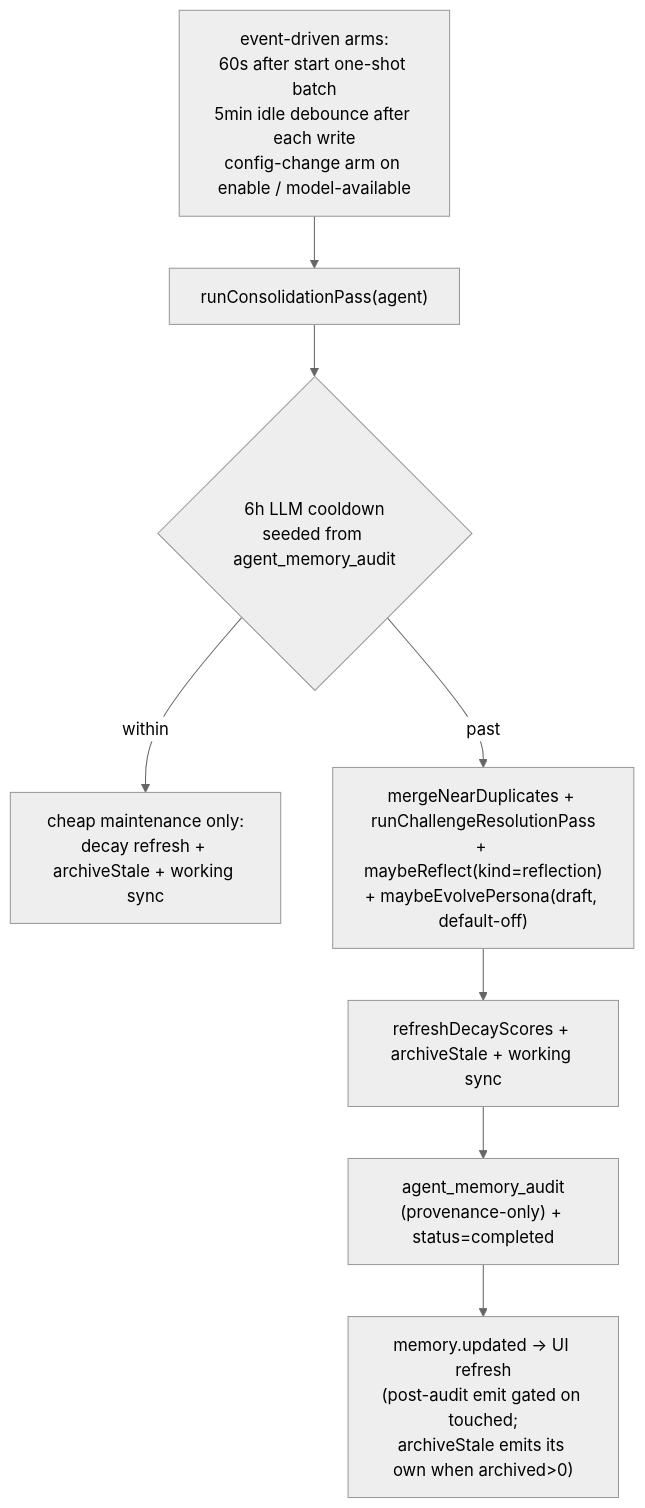
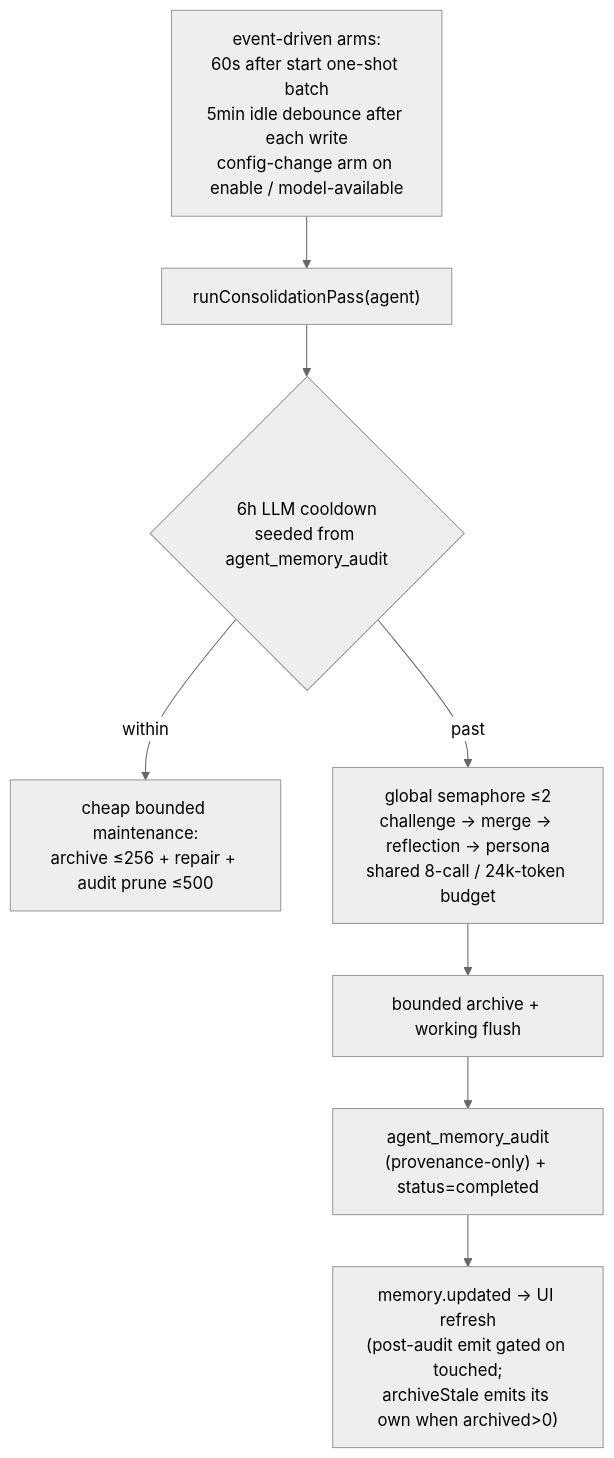
The fourth of 5 diagrams in docs/architecture/agent-memory-system/spec.md (zerob13/deepchat), drawn with Mermaid (neutral theme) before and after one commit. The commit also changed other lines of this file and 121 other files, not shown here.

````diff
--- a/docs/architecture/agent-memory-system/spec.md
+++ b/docs/architecture/agent-memory-system/spec.md
@@ -460,10 +489,10 @@
 ```mermaid
 flowchart TD
   TM["event-driven arms:<br/>60s after start one-shot batch<br/>5min idle debounce after each write<br/>config-change arm on enable / model-available"] --> CP["runConsolidationPass(agent)"]
   CP --> CD{"6h LLM cooldown<br/>seeded from agent_memory_audit"}
-  CD -- within --> CHEAP["cheap maintenance only:<br/>decay refresh + archiveStale + working sync"]
-  CD -- past --> LLMJOB["mergeNearDuplicates + runChallengeResolutionPass<br/>+ maybeReflect(kind=reflection)<br/>+ maybeEvolvePersona(draft, default-off)"]
-  LLMJOB --> POST["refreshDecayScores + archiveStale + working sync"]
+  CD -- within --> CHEAP["cheap bounded maintenance:<br/>archive ≤256 + repair + audit prune ≤500"]
+  CD -- past --> LLMJOB["global semaphore ≤2<br/>challenge → merge → reflection → persona<br/>shared 8-call / 24k-token budget"]
+  LLMJOB --> POST["bounded archive + working flush"]
   POST --> AUD["agent_memory_audit<br/>(provenance-only) + status=completed"]
   AUD --> EV["memory.updated → UI refresh<br/>(post-audit emit gated on touched;<br/>archiveStale emits its own when archived&gt;0)"]
 ```
````
